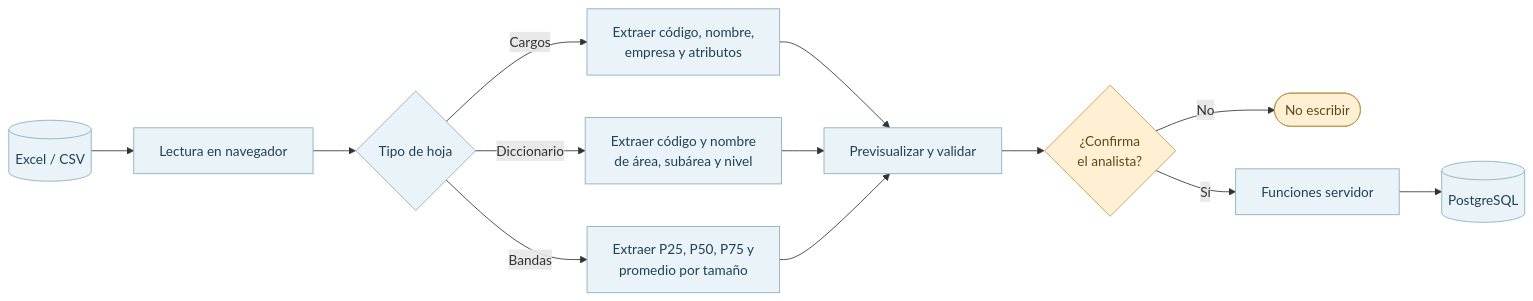
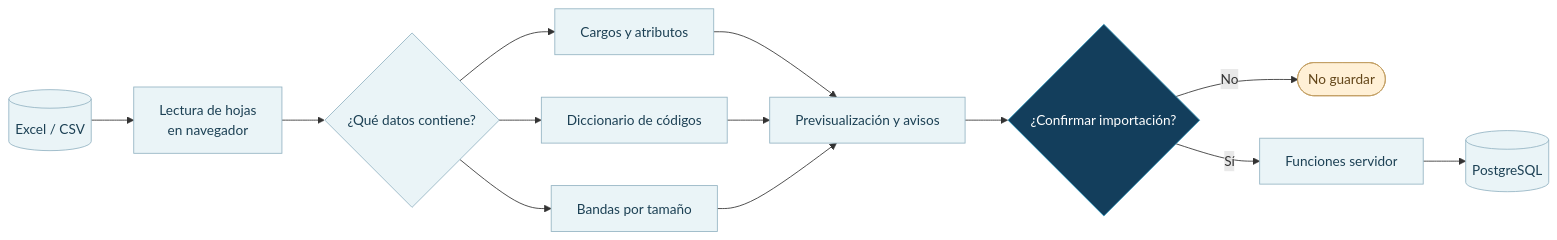
The diagram in docs/tecnica/06-importacion-y-exportacion.md (NicoCG32/Espejo-Homologa), drawn with Mermaid before and after one commit. The commit also changed other lines of this file and 21 other files, not shown here.

````diff
--- a/docs/tecnica/06-importacion-y-exportacion.md
+++ b/docs/tecnica/06-importacion-y-exportacion.md
@@ -9,19 +7,21 @@
 ```mermaid
 flowchart LR
-  X[(Excel / CSV)] --> L[Lectura en navegador]
-  L --> T{Tipo de hoja}
-  T -->|Cargos| C[Extraer código, nombre,<br/>empresa y atributos]
-  T -->|Diccionario| D[Extraer código y nombre<br/>de área, subárea y nivel]
-  T -->|Bandas| B[Extraer P25, P50, P75 y<br/>promedio por tamaño]
-  C --> V[Previsualizar y validar]
+  A[("Excel / CSV")] --> L["Lectura de hojas<br/>en navegador"]
+  L --> T{"¿Qué datos contiene?"}
+  T --> C["Cargos y atributos"]
+  T --> D["Diccionario de códigos"]
+  T --> B["Bandas por tamaño"]
+  C --> V["Previsualización y avisos"]
   D --> V
   B --> V
-  V --> A{¿Confirma<br/>el analista?}
-  A -->|No| R([No escribir])
-  A -->|Sí| S[Funciones servidor]
-  S --> P[(PostgreSQL)]
-  classDef p fill:#EAF3F7,color:#1F4256,stroke:#89ADBD;
-  classDef h fill:#FFF0D3,color:#61471B,stroke:#C09B50;
-  class X,L,T,C,D,B,V,S,P p;
-  class A,R h;
+  V --> H{"¿Confirmar importación?"}
+  H -->|No| N(["No guardar"])
+  H -->|Sí| S["Funciones servidor"]
+  S --> P[("PostgreSQL")]
+  classDef light fill:#EAF4F7,stroke:#94B4C3,color:#1C4054;
+  classDef dark fill:#133E5C,stroke:#379CC0,color:#FFFFFF;
+  classDef accent fill:#FFF0D6,stroke:#C3A065,color:#634619;
+  class A,L,T,C,D,B,V,S,P light;
+  class H dark;
+  class N accent;
 ```
````
